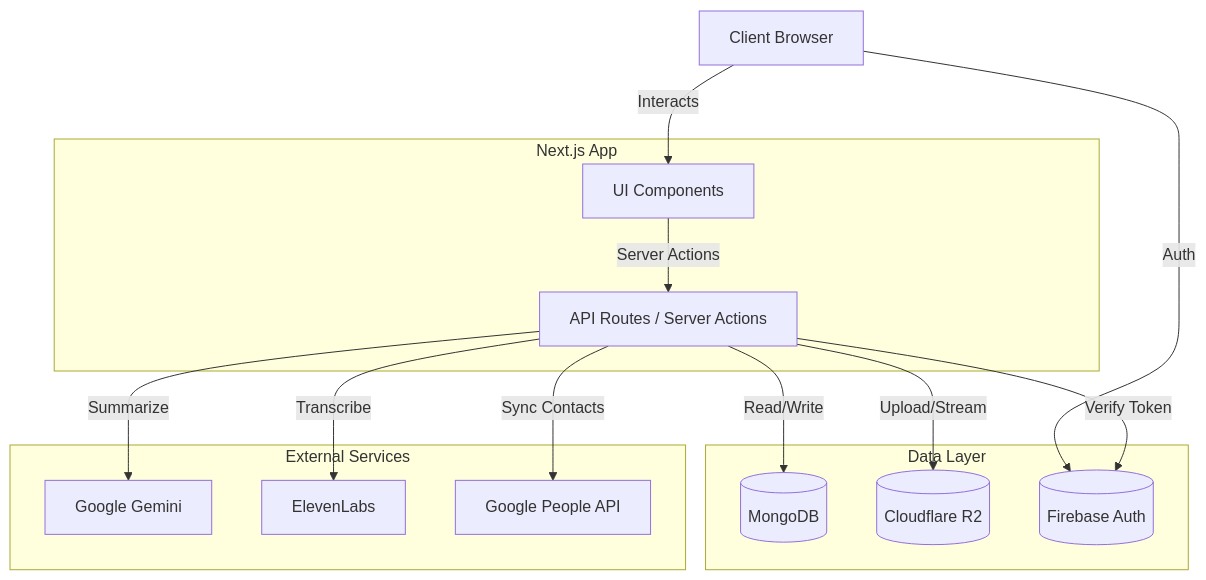
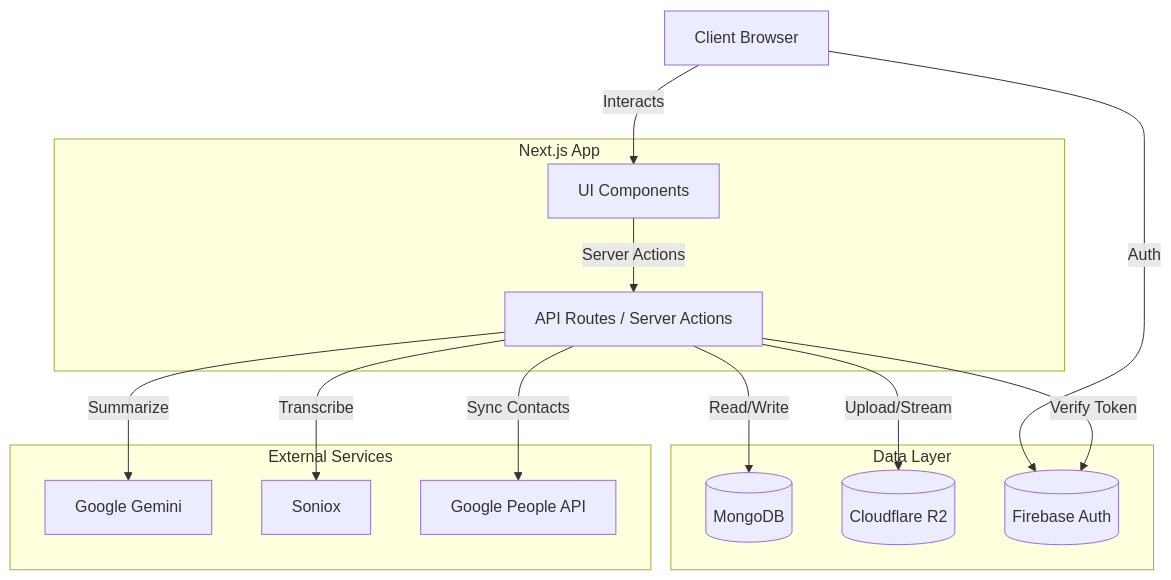
One commit to virusz4274/callery changed the diagram in docs/architecture.md. Above: the diagram before and after it, drawn with Mermaid. The commit also changed other lines of this file and 35 other files, not shown here.

````diff
--- a/docs/architecture.md
+++ b/docs/architecture.md
@@ -22,30 +22,30 @@
 ```mermaid
 graph TD
     Client[Client Browser]
     subgraph "Next.js App"
         UI[UI Components]
         API[API Routes / Server Actions]
     end
     
     subgraph "Data Layer"
         MongoDB[(MongoDB)]
         R2[(Cloudflare R2)]
         Firebase[(Firebase Auth)]
     end
     
     subgraph "External Services"
         Gemini[Google Gemini]
-        Eleven[ElevenLabs]
+        Soniox[Soniox]
         GPeople[Google People API]
     end
 
     Client -->|Interacts| UI
     UI -->|Server Actions| API
     API -->|Read/Write| MongoDB
     API -->|Upload/Stream| R2
     Client -->|Auth| Firebase
     API -->|Verify Token| Firebase
     API -->|Summarize| Gemini
-    API -->|Transcribe| Eleven
+    API -->|Transcribe| Soniox
     API -->|Sync Contacts| GPeople
 ```
````
